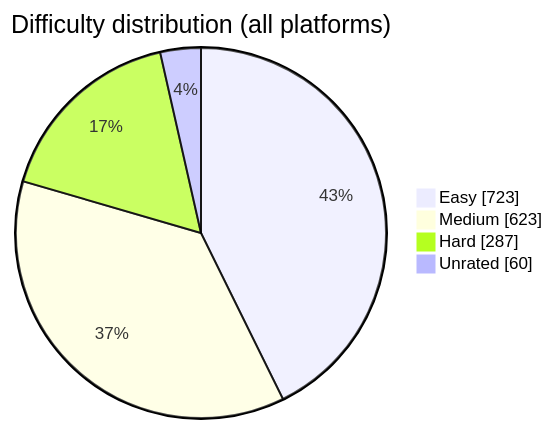
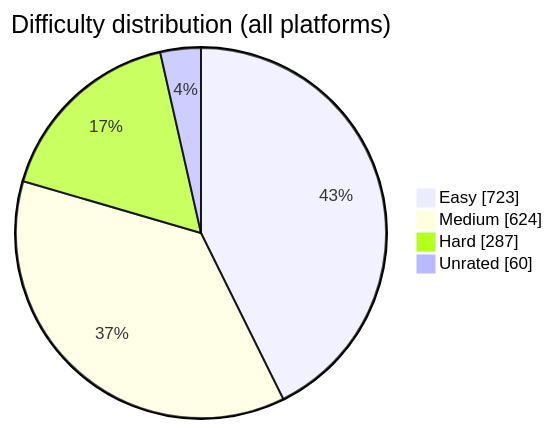
One commit to BuildbyArindam/Daily-Coding-Log changed the diagram in README.md. Above: the diagram before and after it, drawn with Mermaid. The commit also changed other lines of this file, not shown here.

````diff
--- a/README.md
+++ b/README.md
@@ -93,7 +93,7 @@
 ```mermaid
 pie showData title Difficulty distribution (all platforms)
     "Easy" : 723
-    "Medium" : 623
+    "Medium" : 624
     "Hard" : 287
     "Unrated" : 60
 ```
````
